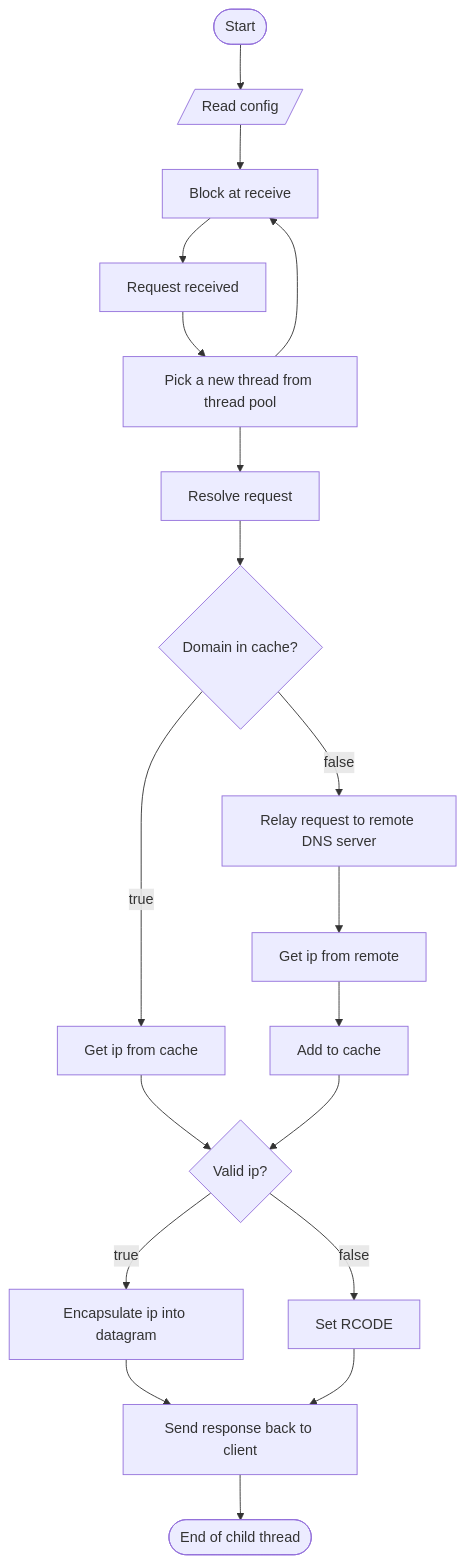
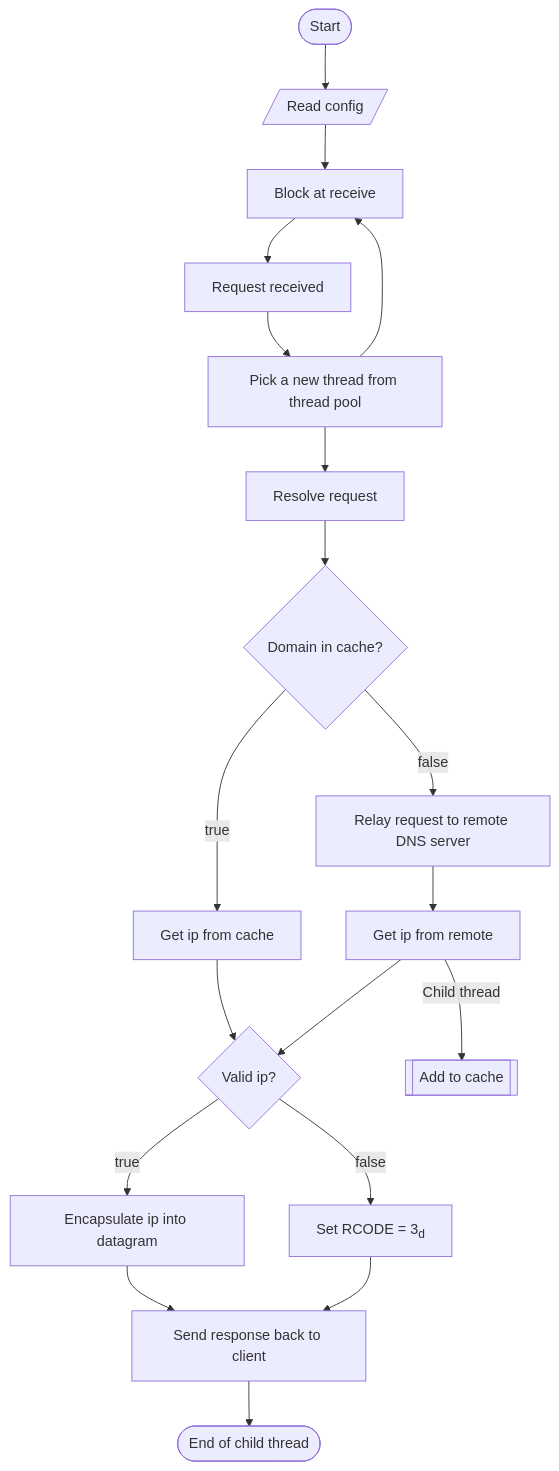
The fourth of 7 diagrams in docs/report.md (JerryZhangZZY/DnsRelay), drawn with Mermaid before and after one commit. The commit also changed other lines of this file and 17 other files, not shown here.

````diff
--- a/docs/report.md
+++ b/docs/report.md
@@ -100,28 +303,29 @@
 ```mermaid
 flowchart TB
 
 st([Start])
 1[/Read config/]
 2[Block at receive]
 3[Request received]
 4[Pick a new thread from thread pool]
 5[Resolve request]
 6{Domain in cache?}
 7[Get ip from cache]
 8[Relay request to remote DNS server]
 9[Get ip from remote]
-10[Add to cache]
+10[[Add to cache]]
 11{Valid ip?}
 12[Encapsulate ip into datagram]
-13[Set RCODE]
+13[Set RCODE = 3<sub>d</sub>]
 14[Send response back to client]
 nd([End of child thread])
 
 st-->1-->2-->3-->4-->2
 4-->5-->6
 6-->|true|7-->11
-6-->|false|8-->9-->10-->11
+6-->|false|8-->9-->11
+9-->|Child thread|10
 11-->|true|12-->14
 11-->|false|13-->14
 14-->nd
 ```
````
